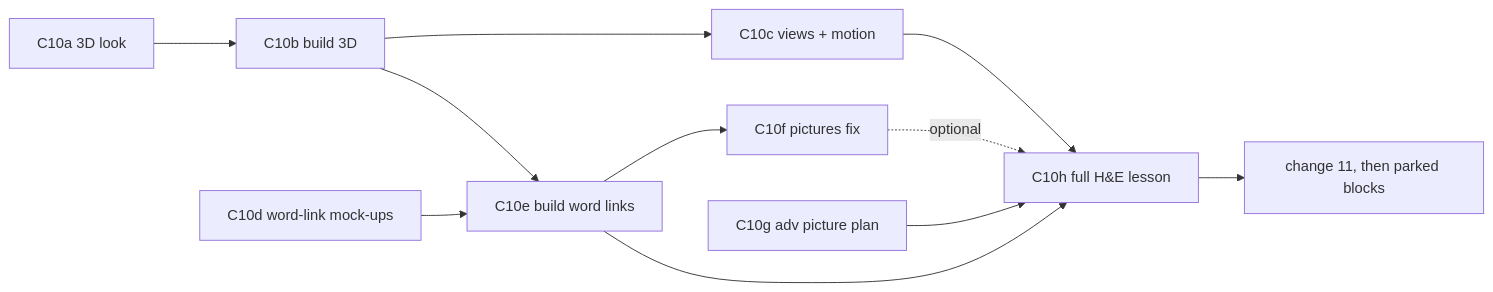
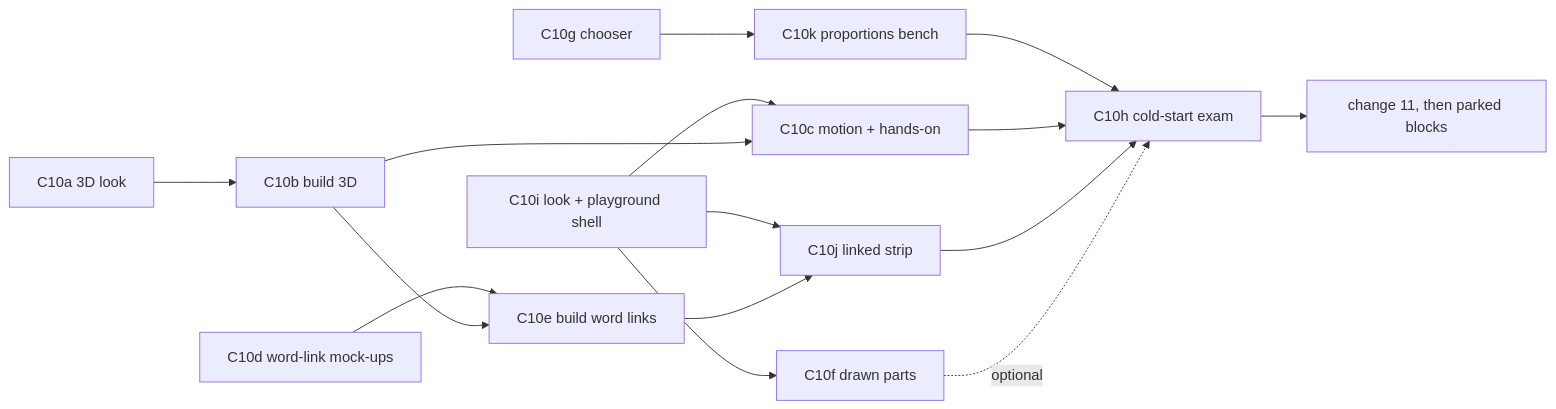
The diagram in docs/c10-visuals.md (Tushar-bioinfo/viz-learn), drawn with Mermaid before and after one commit. The commit also changed other lines of this file and 91 other files, not shown here.

First line of the commit message:
draw-math C10e, C10g, C10i, C10k: word links, the adv chooser, the look, and a chance figure

````diff
--- a/docs/c10-visuals.md
+++ b/docs/c10-visuals.md
@@ -45,12 +50,17 @@
 ```mermaid
 flowchart LR
-  a[C10a 3D look] --> b[C10b build 3D] --> c[C10c views + motion]
+  a[C10a 3D look] --> b[C10b build 3D]
   d[C10d word-link mock-ups] --> e[C10e build word links]
-  b --> e --> f[C10f pictures fix]
-  g[C10g adv picture plan]
-  c --> h[C10h full H&E lesson]
-  e --> h
-  g --> h
+  b --> e
+  i[C10i look + playground shell] --> c[C10c motion + hands-on]
+  b --> c
+  g[C10g chooser] --> k[C10k proportions bench]
+  i --> j[C10j linked strip]
+  e --> j
+  i --> f[C10f drawn parts]
+  k --> h[C10h cold-start exam]
+  c --> h
+  j --> h
   f -.optional.-> h
   h --> x[change 11, then parked blocks]
 ```
````
